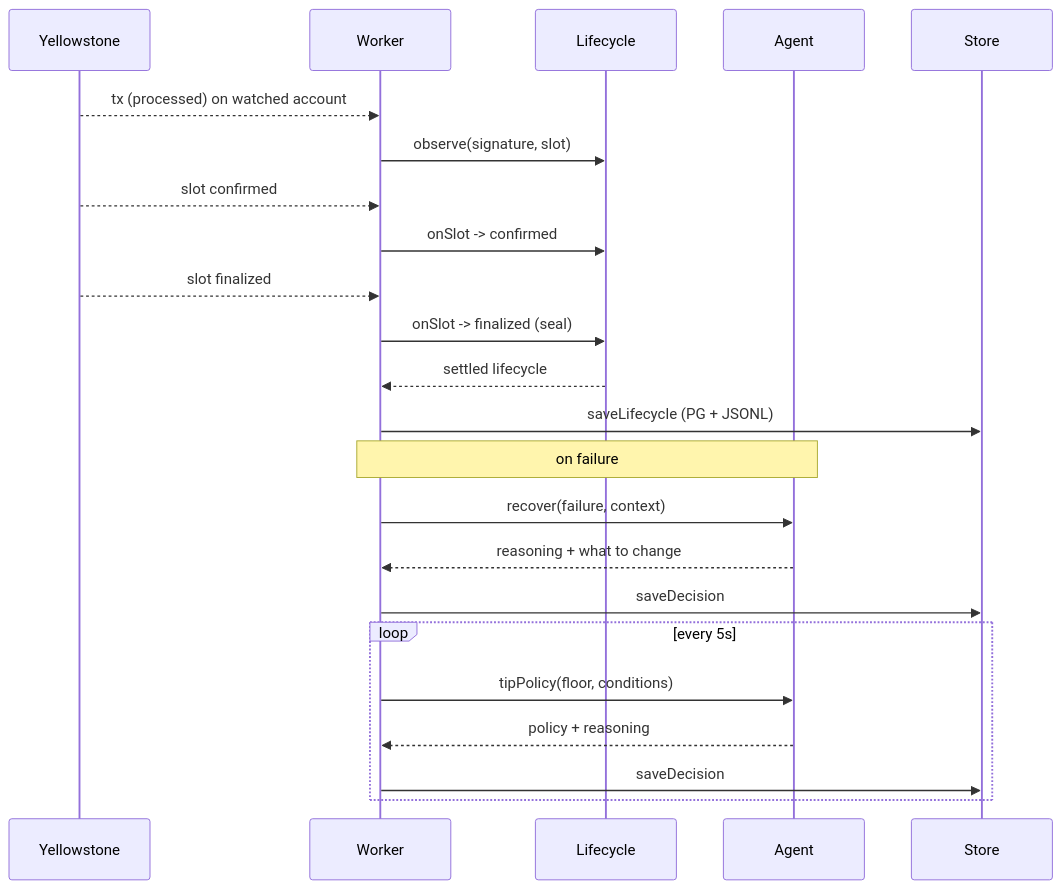
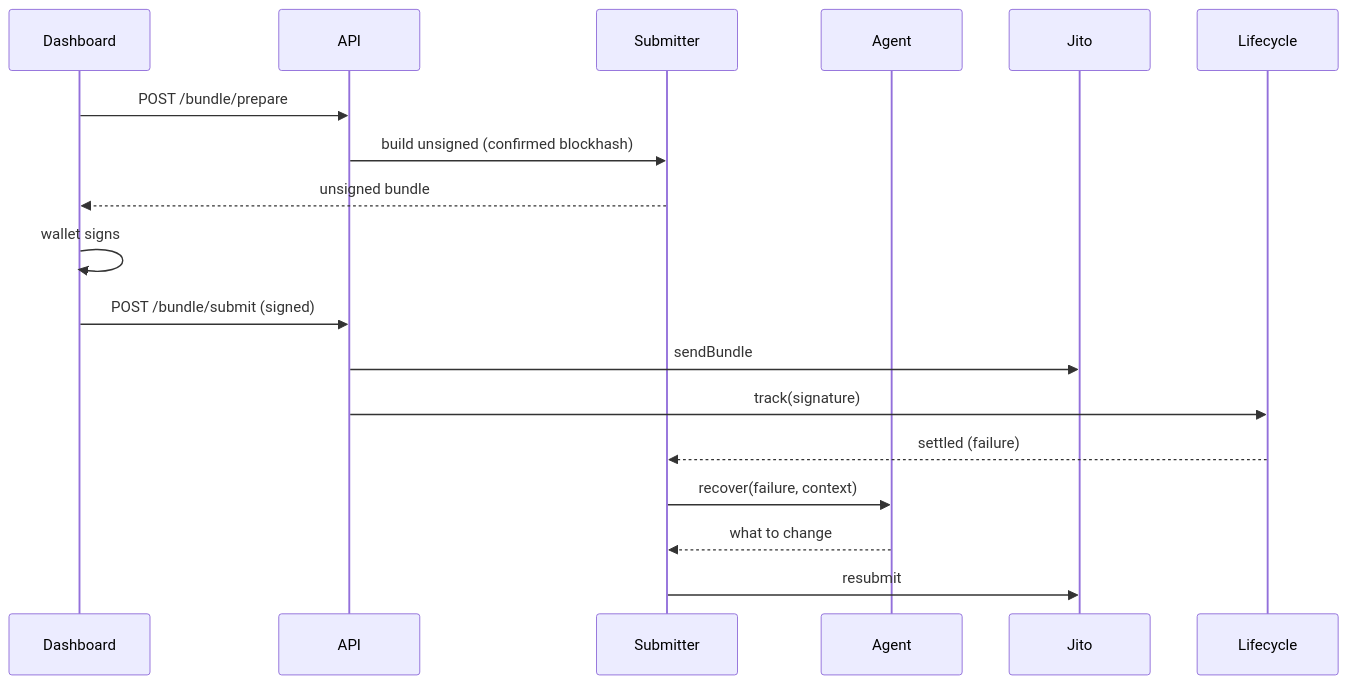
One commit to sadiqsaidu/photon changed the second of 3 diagrams in ARCHITECTURE.md. Above: the diagram before and after it, drawn with Mermaid. The commit also changed other lines of this file and 1 other file, not shown here.

First line of the commit message:
Docs: full install guide and architecture reflecting the built stack

````diff
--- a/ARCHITECTURE.md
+++ b/ARCHITECTURE.md
@@ -109,26 +122,21 @@
 ```mermaid
 sequenceDiagram
-  participant S as Yellowstone
-  participant W as Worker
+  participant UI as Dashboard
+  participant API as API
+  participant SUB as Submitter
+  participant A as Agent
+  participant J as Jito
   participant L as Lifecycle
-  participant A as Agent
-  participant D as Store
 
-  S-->>W: tx (processed) on watched account
-  W->>L: observe(signature, slot)
-  S-->>W: slot confirmed
-  W->>L: onSlot -> confirmed
-  S-->>W: slot finalized
-  W->>L: onSlot -> finalized (seal)
-  L-->>W: settled lifecycle
-  W->>D: saveLifecycle (PG + JSONL)
-  Note over W,A: on failure
-  W->>A: recover(failure, context)
-  A-->>W: reasoning + what to change
-  W->>D: saveDecision
-  loop every 5s
-    W->>A: tipPolicy(floor, conditions)
-    A-->>W: policy + reasoning
-    W->>D: saveDecision
-  end
+  UI->>API: POST /bundle/prepare
+  API->>SUB: build unsigned (confirmed blockhash)
+  SUB-->>UI: unsigned bundle
+  UI->>UI: wallet signs
+  UI->>API: POST /bundle/submit (signed)
+  API->>J: sendBundle
+  API->>L: track(signature)
+  L-->>SUB: settled (failure)
+  SUB->>A: recover(failure, context)
+  A-->>SUB: what to change
+  SUB->>J: resubmit
 ```
````
